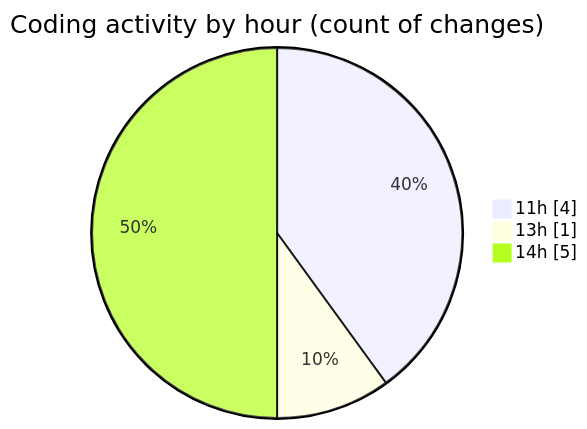
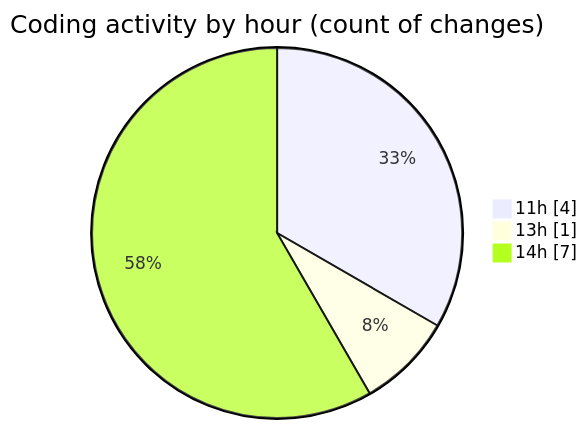
The second of 2 diagrams in 2025-09-30/untitled__workspace_/README.md (debugP/code-tracking), drawn with Mermaid before and after one commit. The commit also changed other lines of this file and 1 other file, not shown here.

````diff
--- a/2025-09-30/untitled__workspace_/README.md
+++ b/2025-09-30/untitled__workspace_/README.md
@@ -30,7 +30,7 @@
 ```mermaid
 pie showData
 title Coding activity by hour (count of changes)
 "11h" : 4
 "13h" : 1
-"14h" : 5
+"14h" : 7
 ```
````
